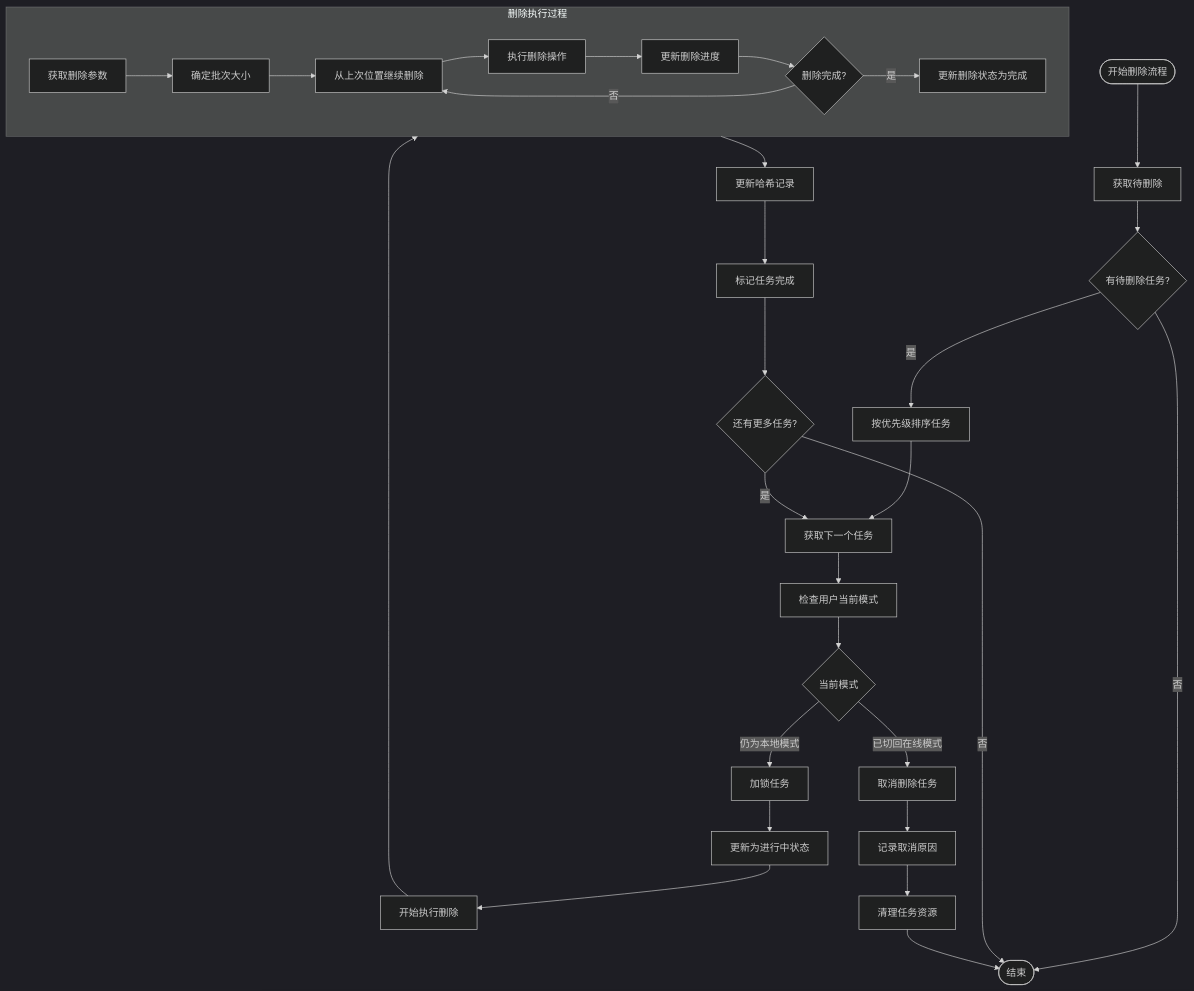
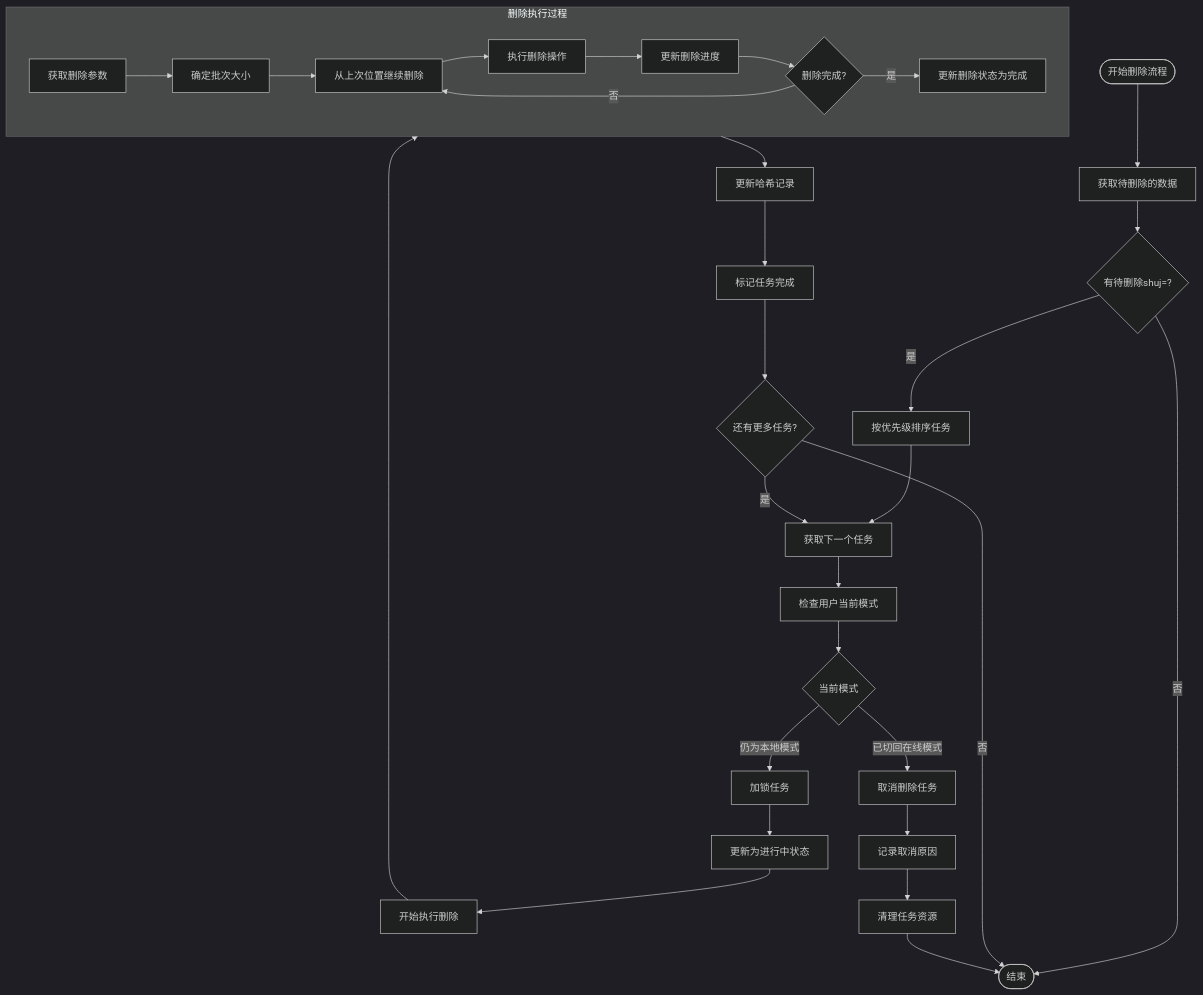
One commit to yingjianzh/iodraw-files changed the diagram in all/未命名-51.md. Above: the diagram before and after it, drawn with Mermaid (dark theme).

Commit message:
2025-05-08 15:17:32 update

````diff
--- a/all/未命名-51.md
+++ b/all/未命名-51.md
@@ -1,42 +1,42 @@
 ```mermaid
 flowchart TD
-    Start([开始删除流程]) --> FetchTasks[获取待删除]
-    FetchTasks --> HasTasks{有待删除任务?}
+    Start([开始删除流程]) --> FetchTasks[获取待删除的数据]
+    FetchTasks --> HasTasks{有待删除shuj=?}
     
     HasTasks -->|否| End([结束])
     HasTasks -->|是| PrioritizeTasks[按优先级排序任务]
     
     PrioritizeTasks --> GetNextTask[获取下一个任务]
     GetNextTask --> CheckUserMode[检查用户当前模式]
     
     CheckUserMode --> CurrentMode{当前模式}
     CurrentMode -->|已切回在线模式| TaskCancel[取消删除任务]
     CurrentMode -->|仍为本地模式| LockTask[加锁任务]
     
     LockTask --> UpdateStatus[更新为进行中状态]
     UpdateStatus --> BeginDeletion[开始执行删除]
     
     subgraph DeletionProcess [删除执行过程]
         A[获取删除参数] --> B[确定批次大小]
         B --> C[从上次位置继续删除]
         C --> D[执行删除操作]
         D --> E[更新删除进度]
         E --> F{删除完成?}
         F -->|否| C
         F -->|是| G[更新删除状态为完成]
     end
     
     BeginDeletion --> DeletionProcess
     
     DeletionProcess --> UpdateHashRecord[更新哈希记录]
     UpdateHashRecord --> MarkCompleted[标记任务完成]
     
     TaskCancel --> LogCancellation[记录取消原因]
     LogCancellation --> CleanupTask[清理任务资源]
     
     MarkCompleted --> CheckMoreTasks{还有更多任务?}
     CheckMoreTasks -->|是| GetNextTask
     CheckMoreTasks -->|否| End
     
     CleanupTask --> End
 ```
````
